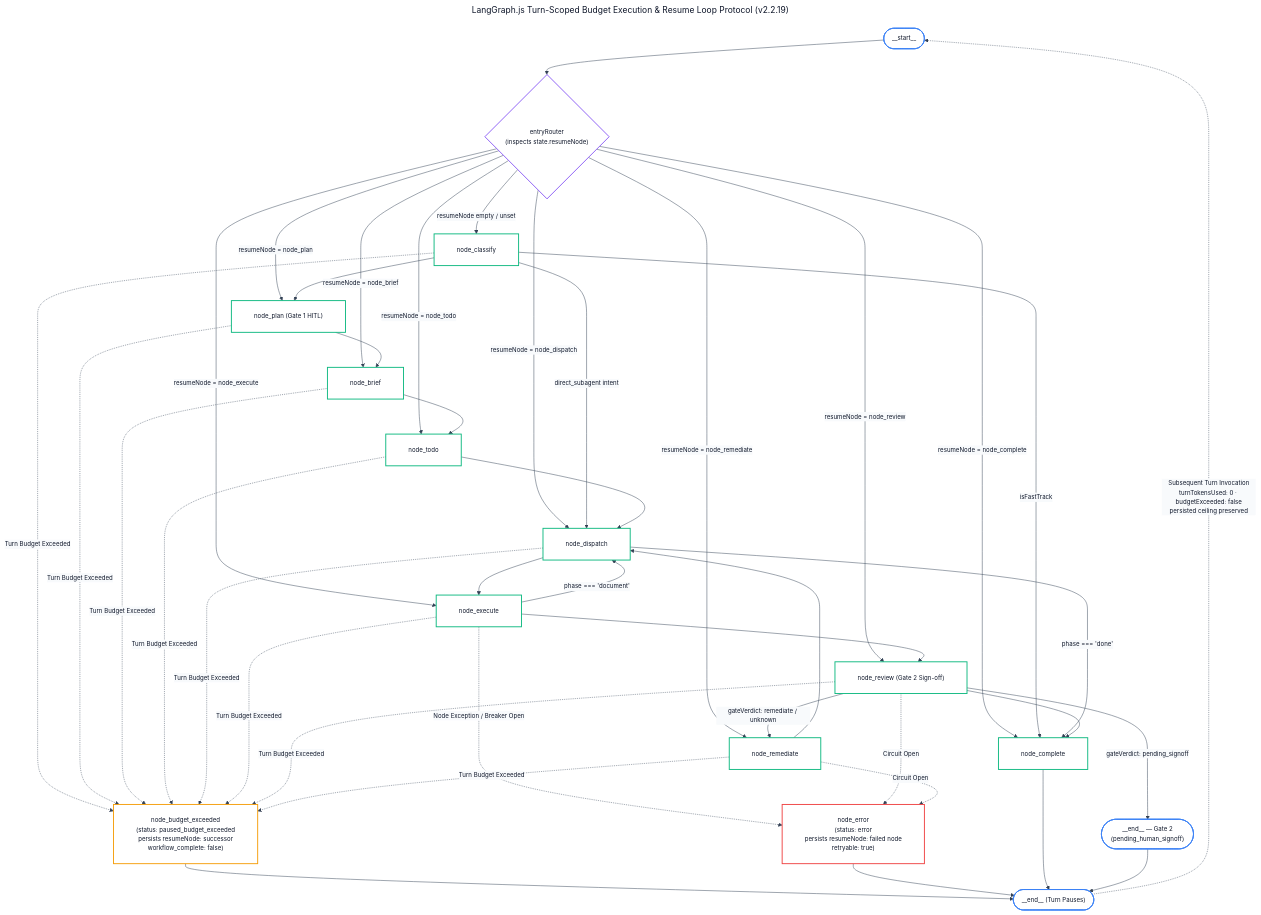
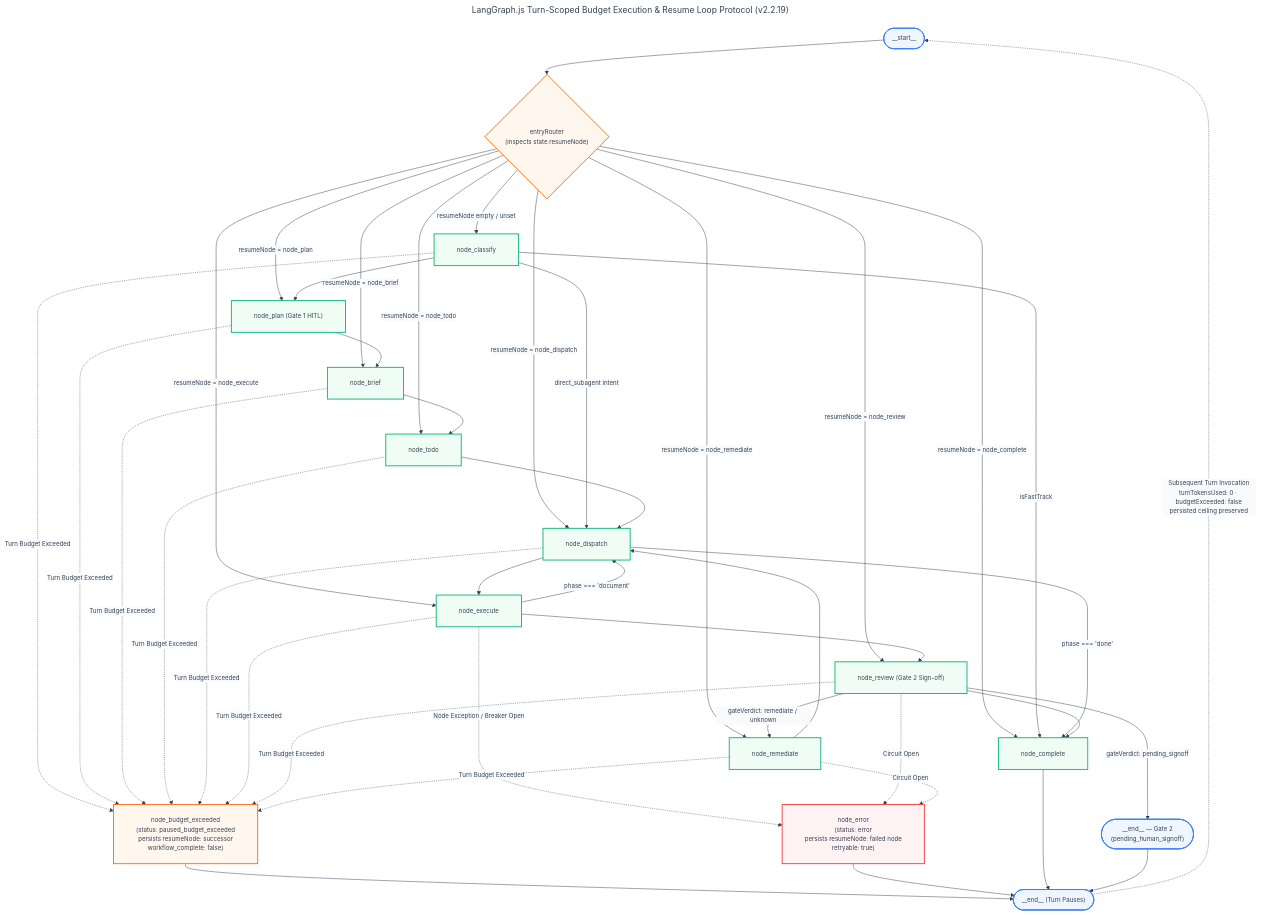
Before and after one commit to andycungkrinx91/konoha: diagram 17 of 19 in docs/ALL-WORKFLOW-DIAGRAMS.md, drawn with Mermaid. The commit also changed other lines of this file and 136 other files, not shown here.

```diff
--- a/docs/ALL-WORKFLOW-DIAGRAMS.md
+++ b/docs/ALL-WORKFLOW-DIAGRAMS.md
@@ -1174,14 +1174,14 @@
   themeVariables:
     darkMode: false
     background: '#ffffff'
-    mainBkg: '#ffffff'
-    primaryColor: '#ffffff'
-    primaryTextColor: '#0f172a'
-    primaryBorderColor: '#8b5cf6'
+    mainBkg: '#eff6ff'
+    primaryColor: '#eff6ff'
+    primaryTextColor: '#334155'
+    primaryBorderColor: '#3b82f6'
     lineColor: '#334155'
     arrowheadColor: '#334155'
     secondaryColor: '#f8fafc'
-    tertiaryColor: '#ffffff'
+    tertiaryColor: '#f0fdf4'
     fontFamily: 'Inter, system-ui, -apple-system, sans-serif'
     fontSize: '13px'
   flowchart:
@@ -1238,11 +1238,11 @@
 
     EndTurn -. "Subsequent Turn Invocation<br/>turnTokensUsed: 0 · budgetExceeded: false<br/>persisted ceiling preserved" .-> StartTurn
 
-    classDef startNode fill:#ffffff,stroke:#3b82f6,color:#0f172a,stroke-width:2px;
-    classDef routerNode fill:#ffffff,stroke:#8b5cf6,color:#0f172a,stroke-width:2px;
-    classDef activeNode fill:#ffffff,stroke:#10b981,color:#0f172a,stroke-width:2px;
-    classDef haltNode fill:#ffffff,stroke:#f59e0b,color:#0f172a,stroke-width:2px;
-    classDef errorNode fill:#ffffff,stroke:#ef4444,color:#0f172a,stroke-width:2px;
+    classDef startNode fill:#eff6ff,stroke:#3b82f6,color:#334155,stroke-width:2px;
+    classDef routerNode fill:#fff7ed,stroke:#f97316,color:#334155,stroke-width:2px;
+    classDef activeNode fill:#f0fdf4,stroke:#10b981,color:#334155,stroke-width:2px;
+    classDef haltNode fill:#fff7ed,stroke:#f97316,color:#334155,stroke-width:2px;
+    classDef errorNode fill:#fef2f2,stroke:#ef4444,color:#334155,stroke-width:2px;
 
     class StartTurn,EndTurn,Gate2End startNode;
     class EntryRouter routerNode;
```
